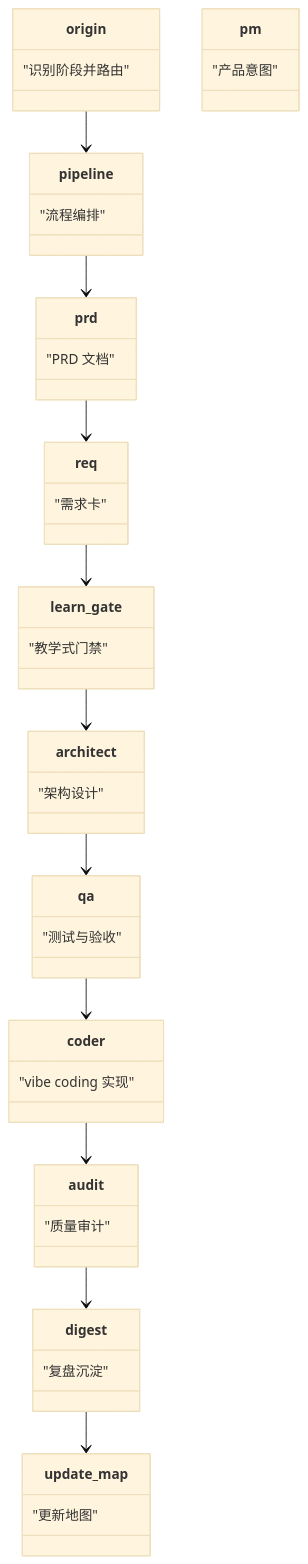
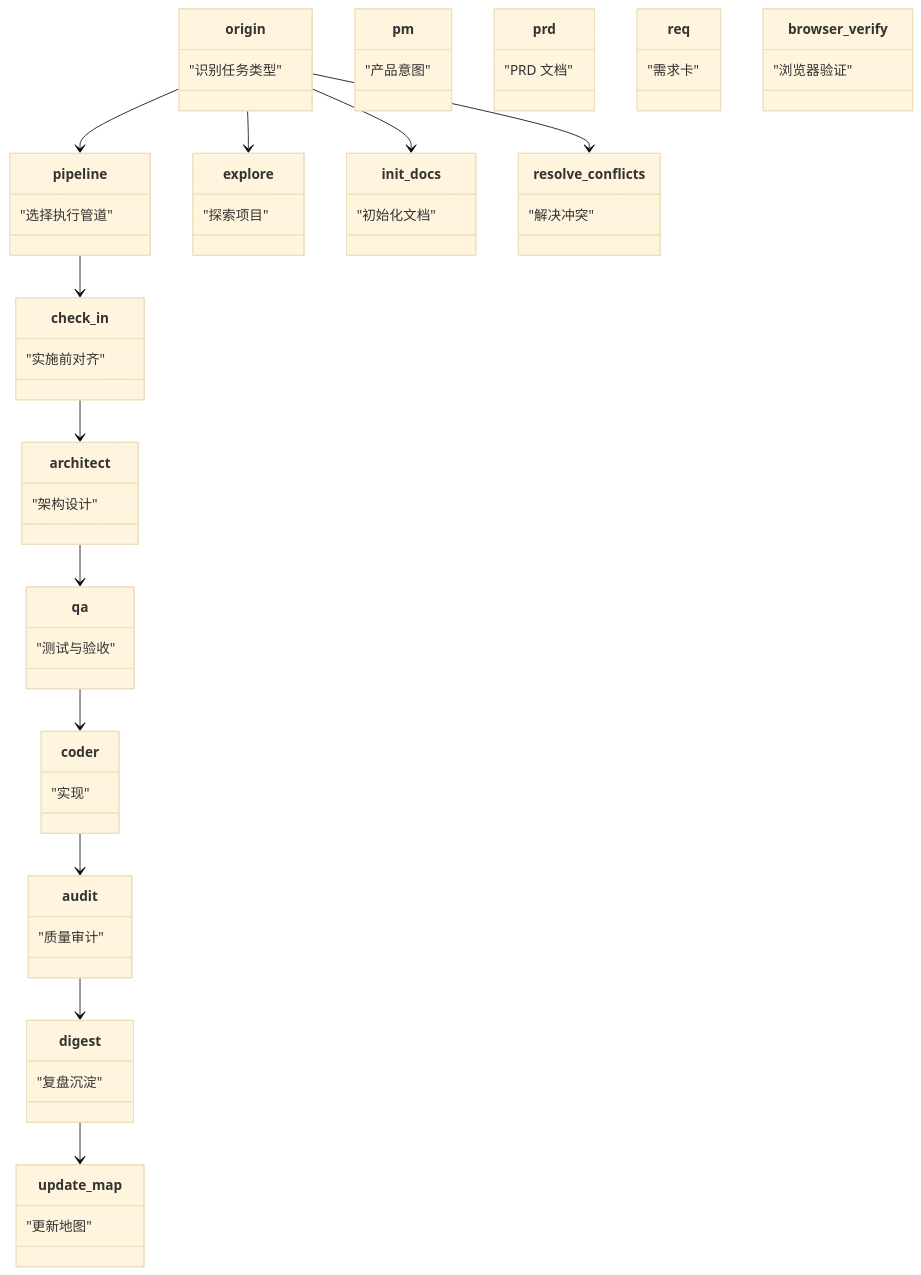
Before and after one commit to CryptoLinxu/Web3-AI-Agent: the fourth of 6 diagrams in .qoder/repowiki/zh/content/快速开始.md, drawn with Mermaid (base theme). The commit also changed other lines of this file and 15 other files, not shown here.

````diff
--- a/.qoder/repowiki/zh/content/快速开始.md
+++ b/.qoder/repowiki/zh/content/快速开始.md
@@ -206,25 +198,30 @@
 ```mermaid
 classDiagram
-class origin { "识别阶段并路由" }
+class origin { "识别任务类型" }
+class pipeline { "选择执行管道" }
 class pm { "产品意图" }
+class prd { "PRD 文档" }
 class req { "需求卡" }
-class prd { "PRD 文档" }
-class learn_gate { "教学式门禁" }
+class check_in { "实施前对齐" }
 class architect { "架构设计" }
 class qa { "测试与验收" }
-class coder { "vibe coding 实现" }
+class coder { "实现" }
 class audit { "质量审计" }
 class digest { "复盘沉淀" }
 class update_map { "更新地图" }
-class pipeline { "流程编排" }
+class explore { "探索项目" }
+class init_docs { "初始化文档" }
+class browser_verify { "浏览器验证" }
+class resolve_conflicts { "解决冲突" }
 origin --> pipeline
-pipeline --> prd
-prd --> req
-req --> learn_gate
-learn_gate --> architect
+pipeline --> check_in
+check_in --> architect
 architect --> qa
 qa --> coder
 coder --> audit
 audit --> digest
 digest --> update_map
+origin --> explore
+origin --> init_docs
+origin --> resolve_conflicts
 ```
````
